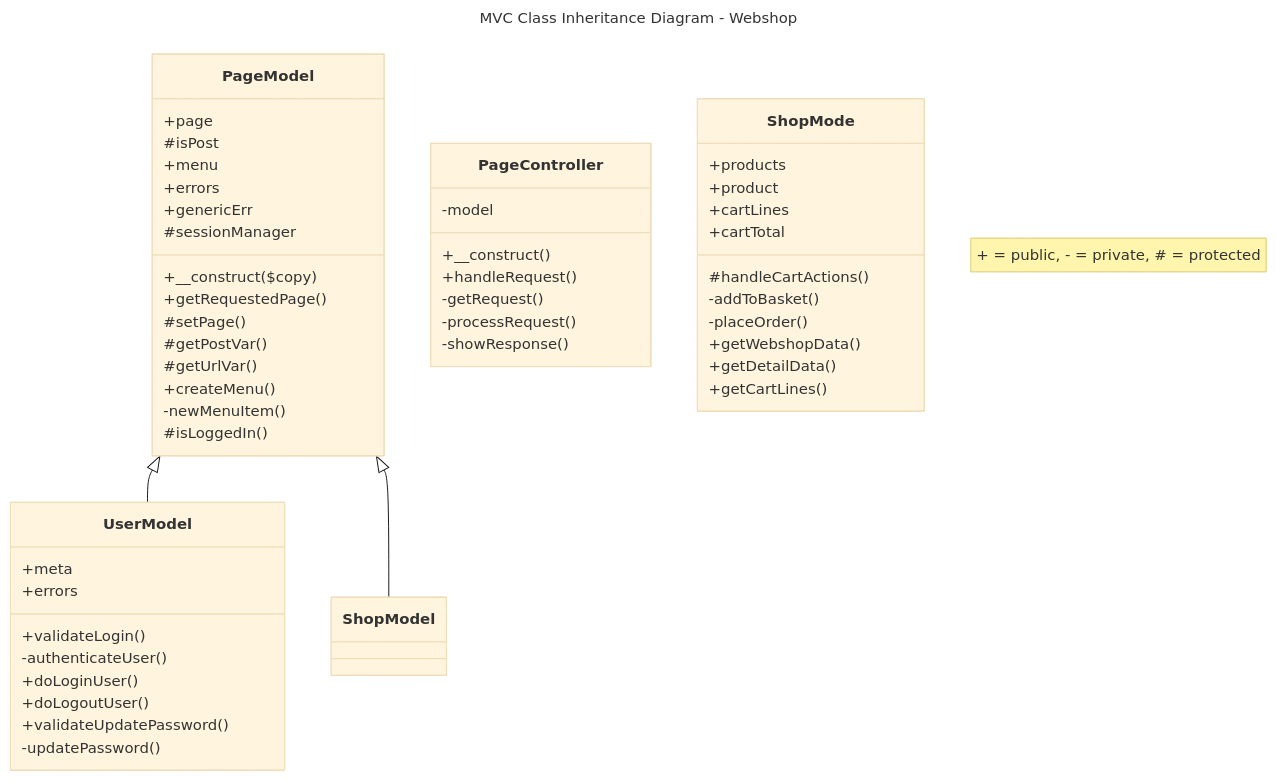
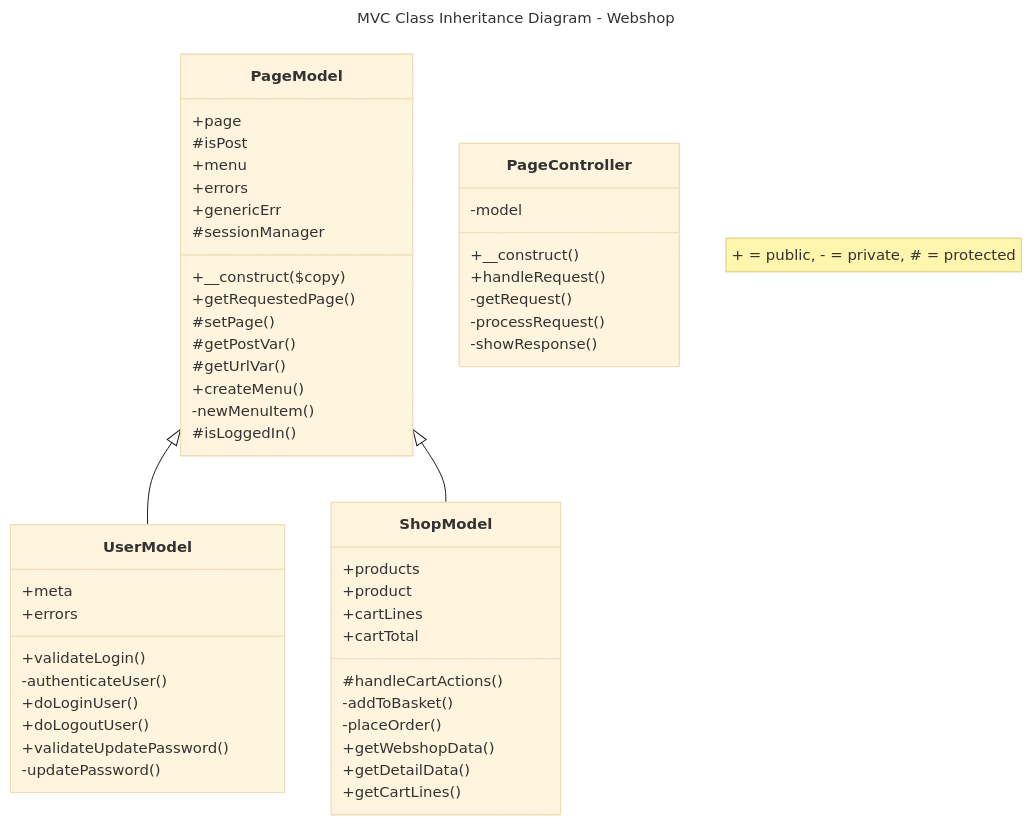
One commit to JeroenHeemskerk/educom-webshop-oop-1708595373 changed the diagram in Diagrams/MVC diagrams.md. Above: the diagram before and after it, drawn with Mermaid (base theme).

Commit message:
Update MVC diagrams.md

````diff
--- a/Diagrams/MVC diagrams.md
+++ b/Diagrams/MVC diagrams.md
@@ -1,62 +1,62 @@
 ```mermaid
 ---
 title: MVC Class Inheritance Diagram - Webshop
 ---
 classDiagram
     note "+ = public, - = private, # = protected"
     %% A <|-- B means that class B inherits from class A %%
     PageModel <|-- UserModel
     PageModel <|-- ShopModel
 
     class PageController{
       -model
       +__construct()
       +handleRequest()
       -getRequest()
       -processRequest()
       -showResponse()
     }
 
     class PageModel{
       +page
       #isPost
       +menu
       +errors
       +genericErr
       #sessionManager
       +__construct($copy)
       +getRequestedPage()
       #setPage()
       #getPostVar()
       #getUrlVar()
       +createMenu()
       -newMenuItem()
       #isLoggedIn()
     }
 
     class UserModel{
     +meta
     +errors
     +validateLogin()
     -authenticateUser()
     +doLoginUser()
     +doLogoutUser()
     +validateUpdatePassword()
     -updatePassword()
     }
 
-    class ShopMode{
+    class ShopModel{
     +products
     +product
     +cartLines
     +cartTotal
     #handleCartActions()
     -addToBasket()
     -placeOrder()
     +getWebshopData()
     +getDetailData()
     +getCartLines()
     }
 
 
 ```
````
